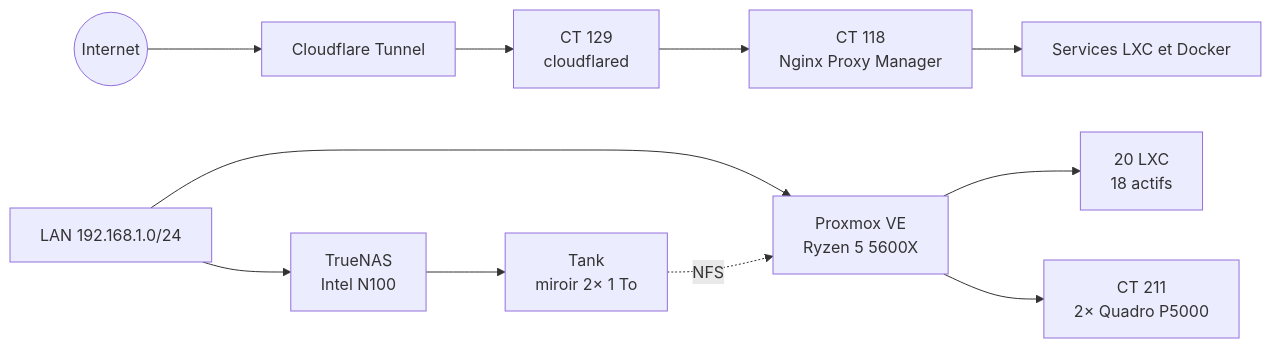
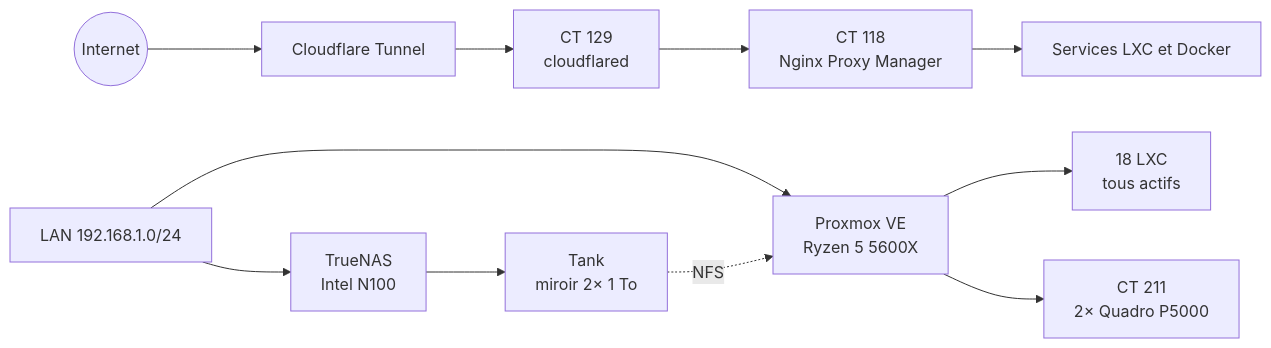
One commit to Kyworn/ZorkoLab changed the diagram in README.md. Above: the diagram before and after it, drawn with Mermaid. The commit also changed other lines of this file and 5 other files, not shown here.

````diff
--- a/README.md
+++ b/README.md
@@ -15,14 +15,14 @@
 ```mermaid
 flowchart LR
     Internet((Internet)) --> CF[Cloudflare Tunnel]
     CF --> EDGE[CT 129<br/>cloudflared]
     EDGE --> NPM[CT 118<br/>Nginx Proxy Manager]
     NPM --> APPS[Services LXC et Docker]
 
     LAN[LAN 192.168.1.0/24] --> PVE[Proxmox VE<br/>Ryzen 5 5600X]
     LAN --> NAS[TrueNAS<br/>Intel N100]
-    PVE --> CT[20 LXC<br/>18 actifs]
+    PVE --> CT[18 LXC<br/>tous actifs]
     PVE --> GPU[CT 211<br/>2× Quadro P5000]
     NAS --> ZFS[Tank<br/>miroir 2× 1 To]
     ZFS -. NFS .-> PVE
 ```
````
